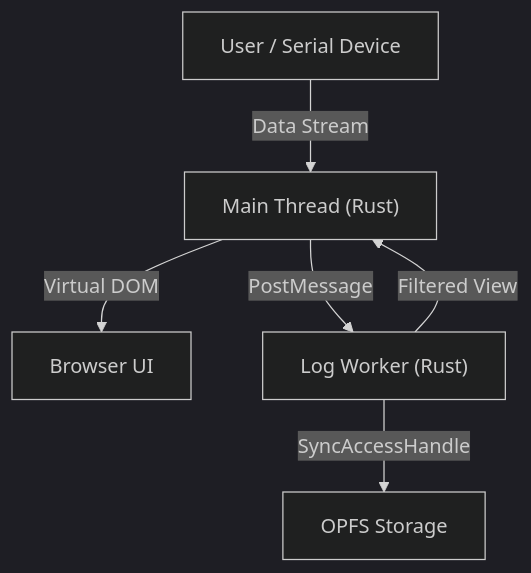
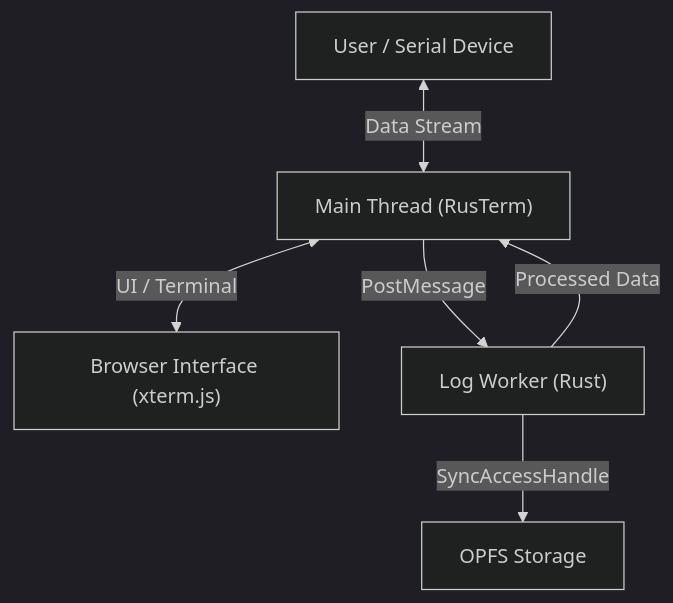
Before and after one commit to imwoo90/web_serial_monitor: the diagram in README.md, drawn with Mermaid (dark theme). The commit also changed other lines of this file, not shown here.

Commit message:
feat: Introduce terminal mode, rebrand to RusTerm.

````diff
--- a/README.md
+++ b/README.md
@@ -45,8 +50,8 @@
 ```mermaid
 graph TD
-    User["User / Serial Device"] -->|Data Stream| Main["Main Thread (Rust)"]
-    Main -->|Virtual DOM| Browser["Browser UI"]
+    User["User / Serial Device"] <-->|Data Stream| Main["Main Thread (RusTerm)"]
+    Main <-->|UI / Terminal| Browser["Browser Interface (xterm.js)"]
     Main -->|PostMessage| Worker["Log Worker (Rust)"]
     Worker -->|SyncAccessHandle| OPFS["OPFS Storage"]
-    Worker -->|Filtered View| Main
+    Worker -->|Processed Data| Main
 ```
````
